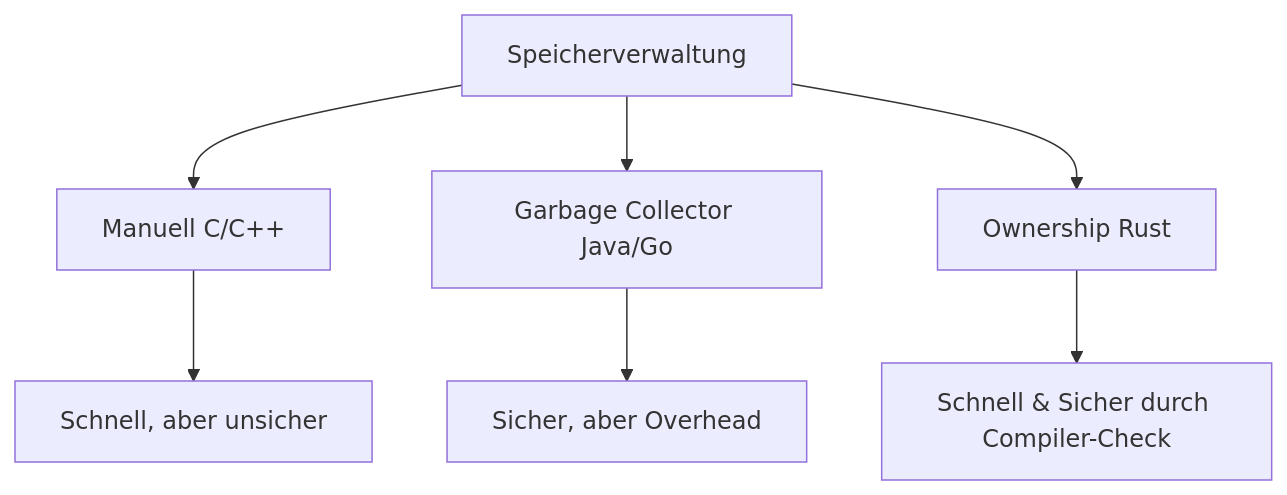
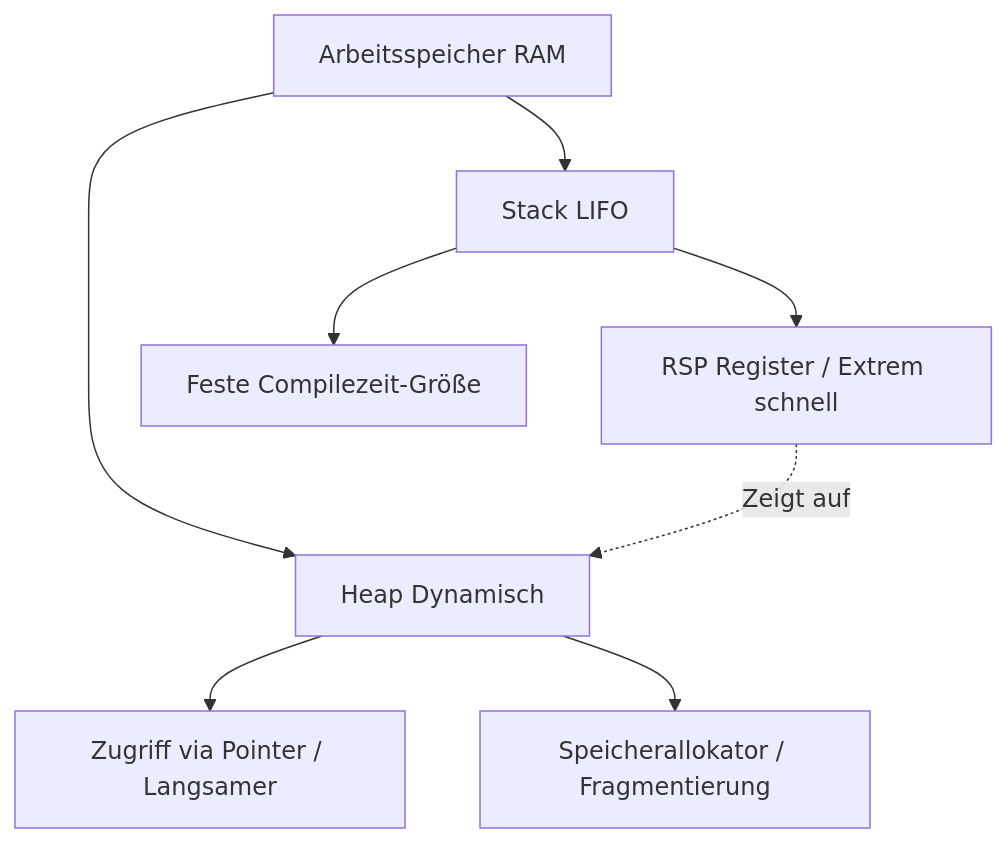
Before and after one commit to thorstenkloehn/RustKurs: the diagram in 17.md, drawn with Mermaid. The commit also changed other lines of this file and 79 other files, not shown here.

````diff
--- a/17.md
+++ b/17.md
@@ -29,9 +263,10 @@
 ```mermaid
 graph TD
-    A[Speicherverwaltung] --> B[Manuell C/C++]
-    A --> C[Garbage Collector Java/Go]
-    A --> D[Ownership Rust]
-    B --> B1[Schnell, aber unsicher]
-    C --> C1[Sicher, aber Overhead]
-    D --> D1[Schnell & Sicher durch Compiler-Check]
+    RAM[Arbeitsspeicher RAM] --> Stack[Stack LIFO]
+    RAM --> Heap[Heap Dynamisch]
+    Stack --> StackPtr[RSP Register / Extrem schnell]
+    Stack --> StackSize[Feste Compilezeit-Größe]
+    Heap --> HeapPtr[Zugriff via Pointer / Langsamer]
+    Heap --> HeapAlloc[Speicherallokator / Fragmentierung]
+    StackPtr -. Zeigt auf .-> Heap
 ```
````
